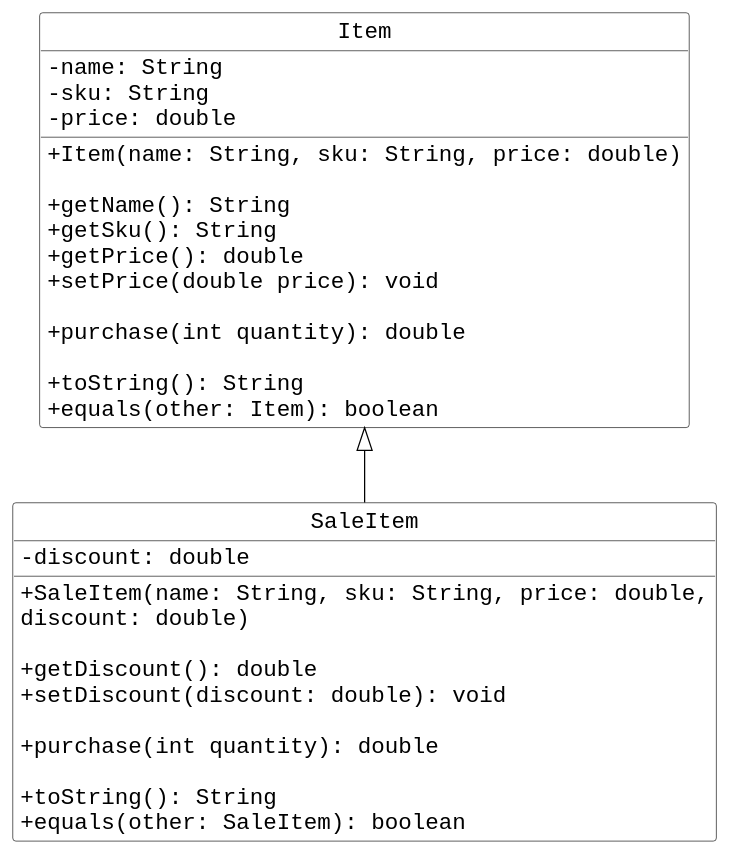
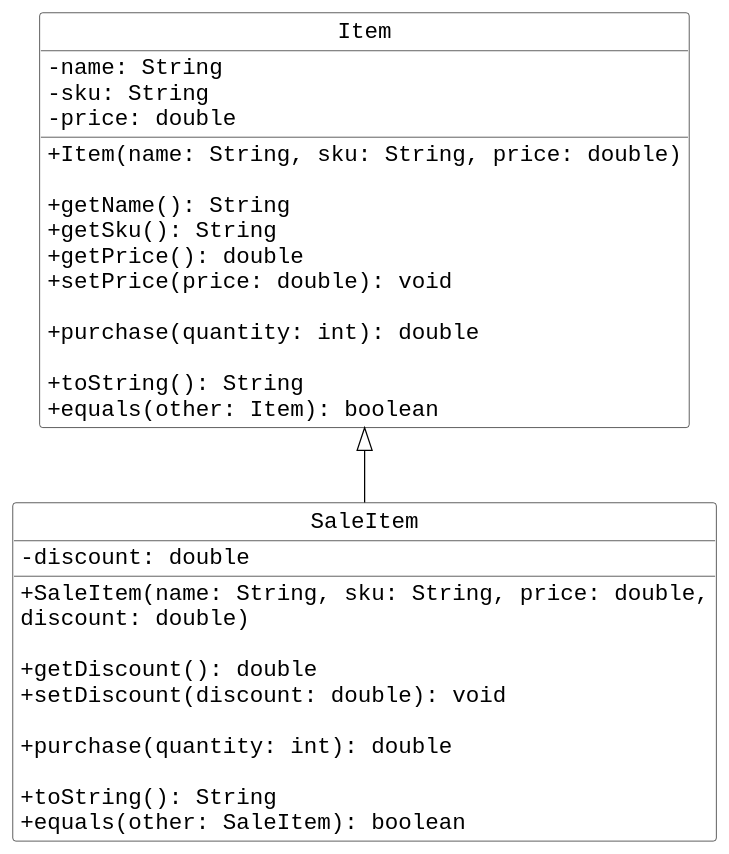
One commit to jdeisenberg/ThinkJava2Exercises changed the diagram in figs/ch14/item.puml. Above: the diagram before and after it, drawn with PlantUML. The commit also changed 1 other file, not shown here.

Commit message:
Fix mistakes in UML.

```diff
--- a/figs/ch14/item.puml
+++ b/figs/ch14/item.puml
@@ -1,50 +1,50 @@
 @startuml
 skinparam classbackgroundcolor #ffffff
 skinparam classarrowcolor #000000
 skinparam classdiamondbackgroundcolor #ffffff
 skinparam classdiamondbordercolor #000000
 skinparam classbordercolor #000000
 skinparam classfontsize 18
 skinparam classfontname "Liberation Mono"
 skinparam classattributefontsize 18
 skinparam classattributefontname "Liberation Mono"
 skinparam classAttributeIconSize 0
 hide circle
 
 Item <|-- SaleItem
 
 class Item {
     - name: String 
     - sku: String
     - price: double
     
     + Item(name: String, sku: String, price: double)
     
     + getName(): String 
     + getSku(): String
     + getPrice(): double
-    + setPrice(double price): void
+    + setPrice(price: double): void
     
-    + purchase(int quantity): double
+    + purchase(quantity: int): double
     
     + toString(): String
     + equals(other: Item): boolean
 }
 
 class SaleItem {
     - discount: double
     
     + SaleItem(name: String, sku: String, price: double,
        discount: double)
     
     + getDiscount(): double
     + setDiscount(discount: double): void
     
-    + purchase(int quantity): double
+    + purchase(quantity: int): double
     
     + toString(): String
     + equals(other: SaleItem): boolean
 }
 
 
 @enduml
```
